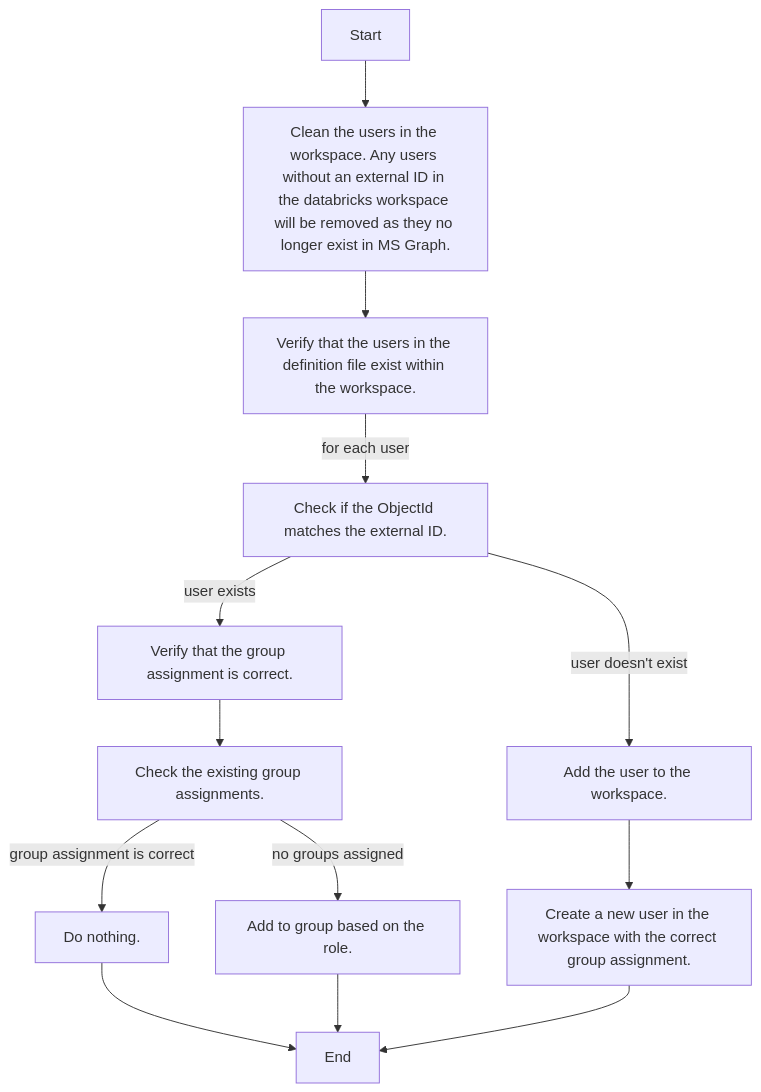
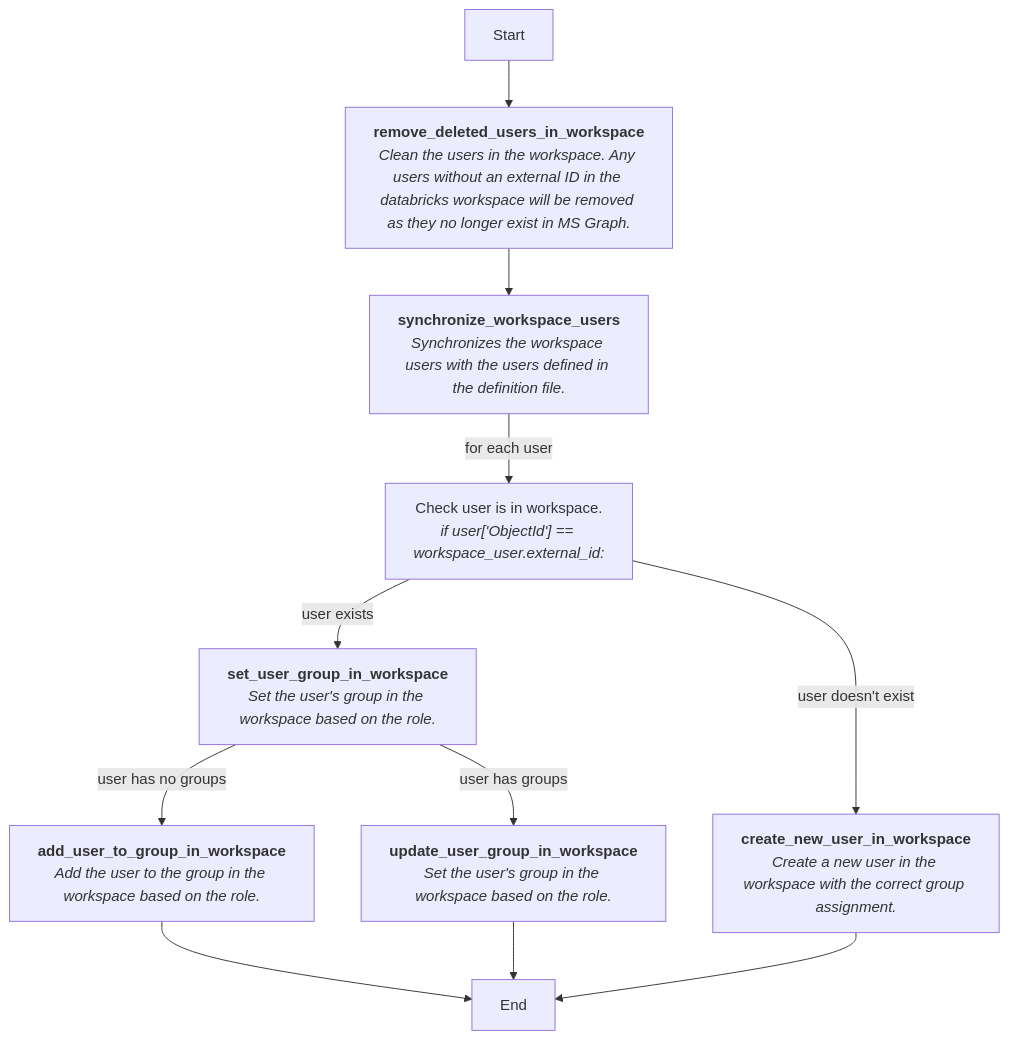
The diagram in ResourceProvisioner/src/ResourceProvisioner.Functions.Python/README.md (ssc-sp/datahub-portal), drawn with Mermaid before and after one commit. The commit also changed 5 other files, not shown here.

````diff
--- a/ResourceProvisioner/src/ResourceProvisioner.Functions.Python/README.md
+++ b/ResourceProvisioner/src/ResourceProvisioner.Functions.Python/README.md
@@ -13,18 +13,39 @@
 ```mermaid
 flowchart
-    Start --> Clean[Clean the users in the workspace. Any users without an external ID in the databricks workspace will be removed as they no longer exist in MS Graph.]
-    Clean --> Verify[Verify that the users in the definition file exist within the workspace.]
-    Verify -->|for each user| Exists[Check if the ObjectId matches the external ID.]
-    Exists-->|user exists| ExistsT[Verify that the group assignment is correct.]
-    Exists-->|user doesn't exist| Add[Add the user to the workspace.]
+    Start --> Clean["`
+    **remove_deleted_users_in_workspace**
+    *Clean the users in the workspace. Any users without an external ID in the databricks workspace will be removed as they no longer exist in MS Graph.*
+    `"]
 
-    ExistsT--> GroupCheck[Check the existing group assignments.]
-    GroupCheck -->|group assignment is correct| CorrectGroup[Do nothing.]
-    CorrectGroup --> End
-    GroupCheck -->|no groups assigned| AddGroup[Add to group based on the role.]
+    Clean --> Sync["`
+    **synchronize_workspace_users**
+    *Synchronizes the workspace users with the users defined in the definition file.*
+    `"]
+    Sync -->|for each user| Exists["`
+    Check user is in workspace.
+    *if user['ObjectId'] == workspace_user.external_id:*
+    `"]
+    
+    Exists-->|user exists| SetGroup["`
+    **set_user_group_in_workspace**
+    *Set the user's group in the workspace based on the role.*
+    `"]
+    Exists-->|user doesn't exist| Add["`
+    **create_new_user_in_workspace**
+    *Create a new user in the workspace with the correct group assignment.*
+    `"]
+
+    SetGroup --> |user has no groups| AddGroup["`
+    **add_user_to_group_in_workspace**
+    *Add the user to the group in the workspace based on the role.*
+    `"]
+    SetGroup --> |user has groups| UpdateGroups["`
+    **update_user_group_in_workspace**
+    *Set the user's group in the workspace based on the role.*
+    `"]
+
     AddGroup --> End
+    UpdateGroups --> End
 
-    Add --> AddComplete[Create a new user in the workspace with the correct group assignment.]
-    AddComplete --> End
-
+    Add --> End
 ```
````
